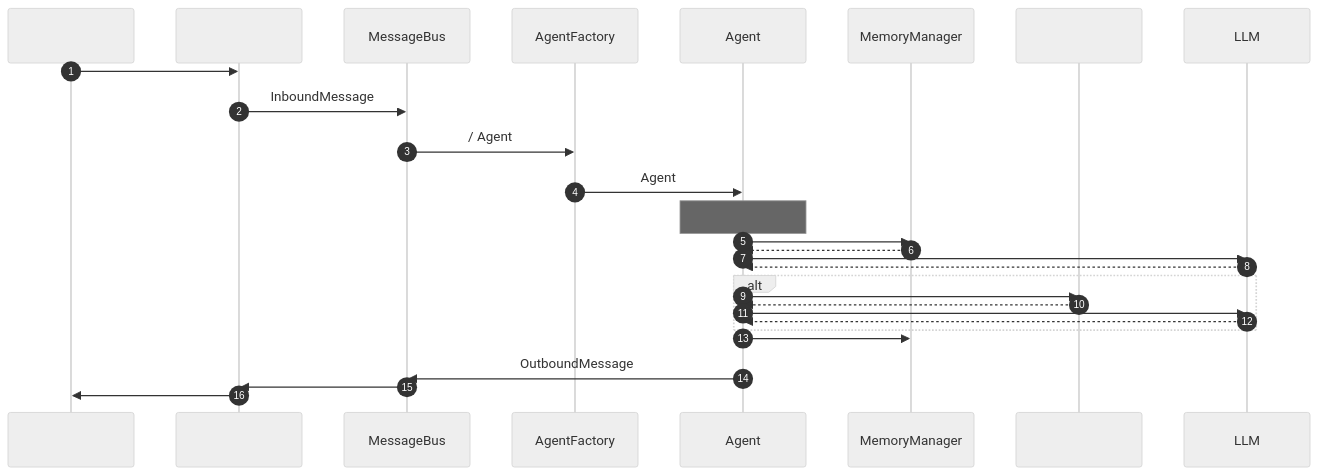
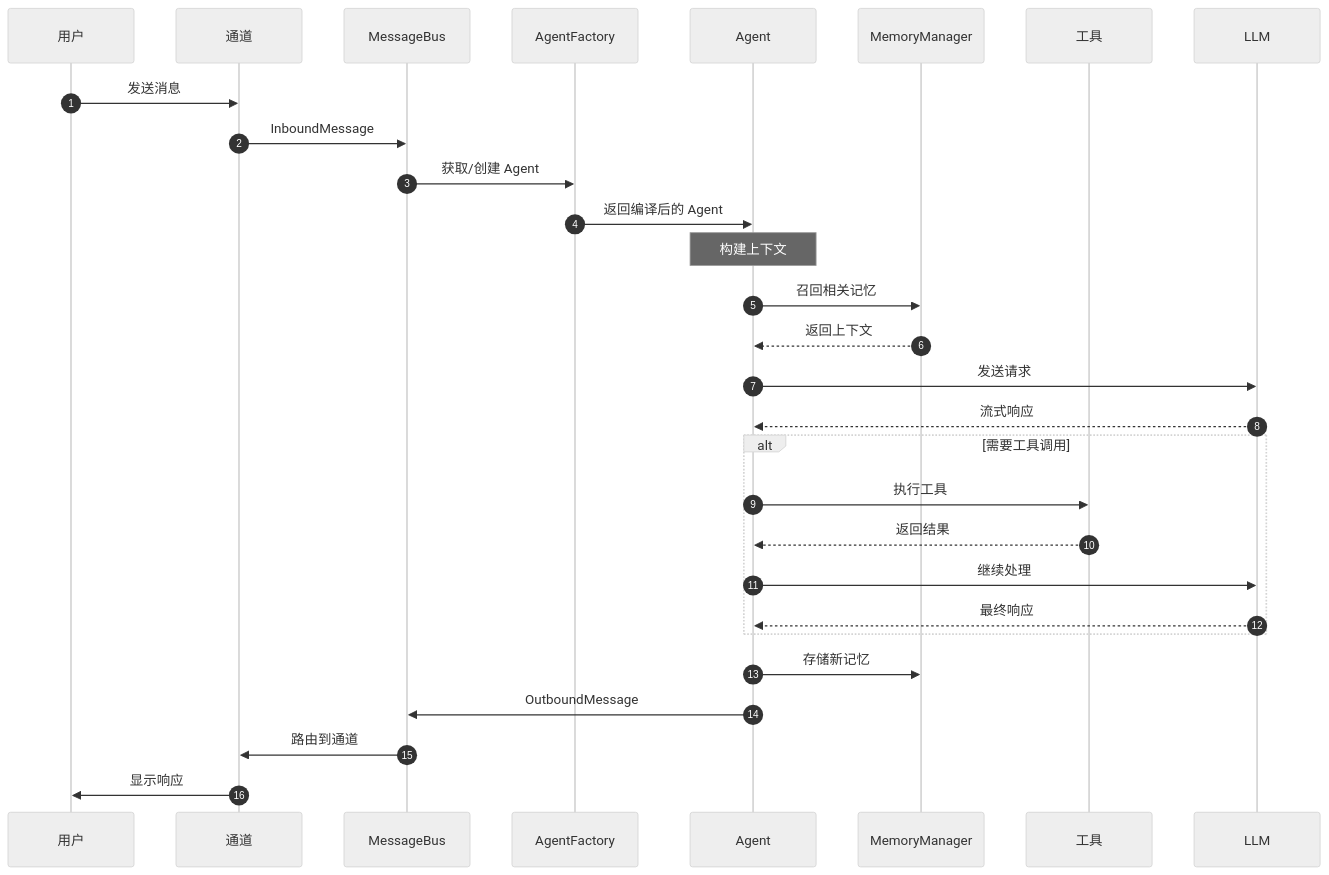
One commit to xt765/FinchBot changed the ninth of 10 diagrams in docs/zh-CN/architecture.md. Above: the diagram before and after it, drawn with Mermaid (neutral theme). The commit also changed other lines of this file and 10 other files, not shown here.

````diff
--- a/docs/zh-CN/architecture.md
+++ b/docs/zh-CN/architecture.md
@@ -702,36 +703,36 @@
 ```mermaid
 sequenceDiagram
     autonumber
-    participant U as 
-    participant C as 
+    participant U as 用户
+    participant C as 通道
     participant B as MessageBus
     participant F as AgentFactory
     participant A as Agent
     participant M as MemoryManager
-    participant T as 
+    participant T as 工具
     participant L as LLM
 
-    U->>C: 
+    U->>C: 发送消息
     C->>B: InboundMessage
-    B->>F: / Agent
-    F->>A:  Agent
+    B->>F: 获取/创建 Agent
+    F->>A: 返回编译后的 Agent
     
-    Note over A: 
-    A->>M: 
-    M-->>A: 
+    Note over A: 构建上下文
+    A->>M: 召回相关记忆
+    M-->>A: 返回上下文
     
-    A->>L: 
-    L-->>A: 
+    A->>L: 发送请求
+    L-->>A: 流式响应
     
-    alt 
-        A->>T: 
-        T-->>A: 
-        A->>L: 
-        L-->>A: 
+    alt 需要工具调用
+        A->>T: 执行工具
+        T-->>A: 返回结果
+        A->>L: 继续处理
+        L-->>A: 最终响应
     end
     
-    A->>M: 
+    A->>M: 存储新记忆
     A->>B: OutboundMessage
-    B->>C: 
-    C->>U: 
+    B->>C: 路由到通道
+    C->>U: 显示响应
 ```
````
